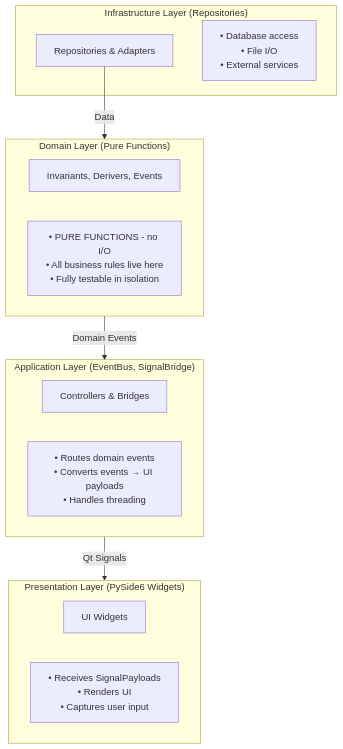
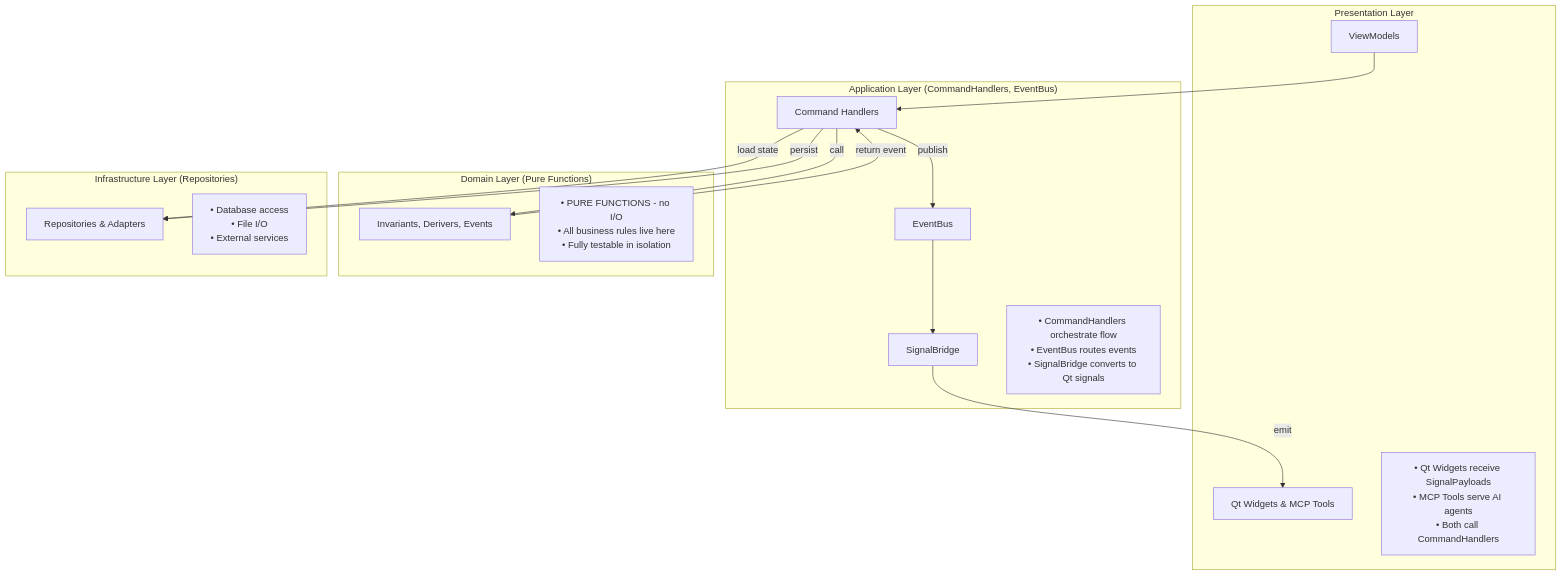
Before and after one commit to scope-impact/QualCoder-v2: the first of 3 diagrams in docs/tutorials/00-big-picture.md, drawn with Mermaid. The commit also changed other lines of this file and 9 other files, not shown here.

First line of the commit message:
docs(tutorials): align with vertical slice architecture

````diff
--- a/docs/tutorials/00-big-picture.md
+++ b/docs/tutorials/00-big-picture.md
@@ -68,26 +68,34 @@
 ```mermaid
 graph TB
-    subgraph Presentation ["Presentation Layer (PySide6 Widgets)"]
-        UI[UI Widgets]
-        UI_DESC["• Receives SignalPayloads<br/>• Renders UI<br/>• Captures user input"]
+    subgraph Presentation ["Presentation Layer"]
+        UI[Qt Widgets & MCP Tools]
+        VM[ViewModels]
+        UI_DESC["• Qt Widgets receive SignalPayloads<br/>• MCP Tools serve AI agents<br/>• Both call CommandHandlers"]
     end
 
-    subgraph Application ["Application Layer (EventBus, SignalBridge)"]
-        APP[Controllers & Bridges]
-        APP_DESC["• Routes domain events<br/>• Converts events → UI payloads<br/>• Handles threading"]
+    subgraph Application ["Application Layer (CommandHandlers, EventBus)"]
+        CH[Command Handlers]
+        EB[EventBus]
+        SB[SignalBridge]
+        APP_DESC["• CommandHandlers orchestrate flow<br/>• EventBus routes events<br/>• SignalBridge converts to Qt signals"]
     end
 
     subgraph Domain ["Domain Layer (Pure Functions)"]
         DOM[Invariants, Derivers, Events]
         DOM_DESC["• PURE FUNCTIONS - no I/O<br/>• All business rules live here<br/>• Fully testable in isolation"]
     end
 
     subgraph Infrastructure ["Infrastructure Layer (Repositories)"]
         INFRA[Repositories & Adapters]
         INFRA_DESC["• Database access<br/>• File I/O<br/>• External services"]
     end
 
-    INFRA -->|Data| Domain
-    Domain -->|Domain Events| Application
-    Application -->|Qt Signals| Presentation
+    VM --> CH
+    CH -->|load state| INFRA
+    CH -->|call| DOM
+    DOM -->|return event| CH
+    CH -->|persist| INFRA
+    CH -->|publish| EB
+    EB --> SB
+    SB -->|emit| UI
 ```
````
